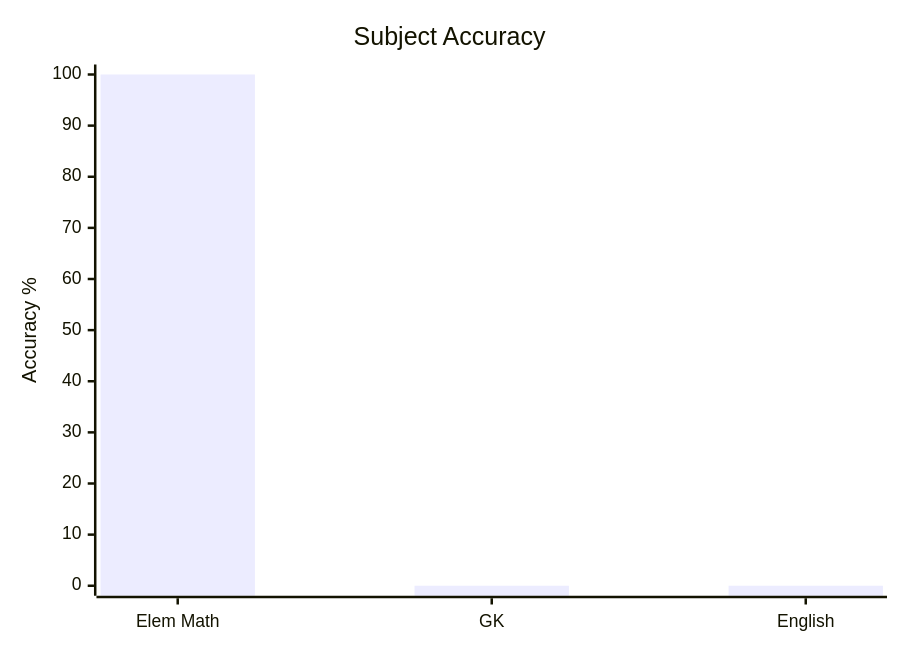
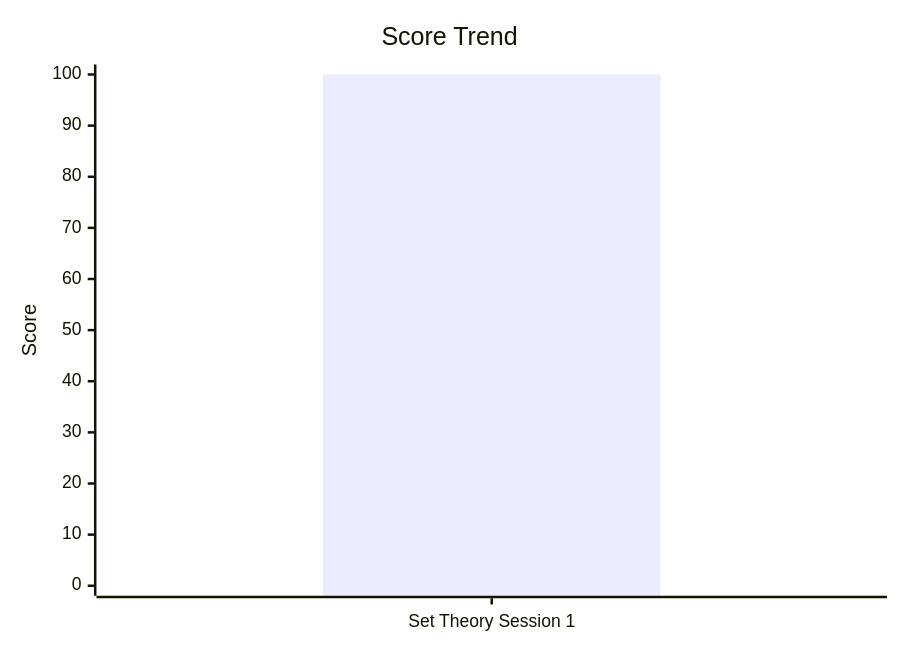
Before and after one commit to skc-coder/SAGE: the first of 2 diagrams in content/cds/cds_overview.md, drawn with Mermaid. The commit also changed other lines of this file and 15 other files, not shown here.

Commit message:
feat(sage): study chapter 19 set theory - subtopics, notes, categorized questions, and variations

````diff
--- a/content/cds/cds_overview.md
+++ b/content/cds/cds_overview.md
@@ -17,7 +5,7 @@
 ```mermaid
 xychart-beta
-    title "Subject Accuracy"
-    x-axis ["Elem Math", "GK", "English"]
-    y-axis "Accuracy %" 0 --> 100
-    bar [100, 0, 0]
+    title "Score Trend"
+    x-axis ["Set Theory Session 1"]
+    y-axis "Score" 0 --> 100
+    bar [100]
 ```
````
